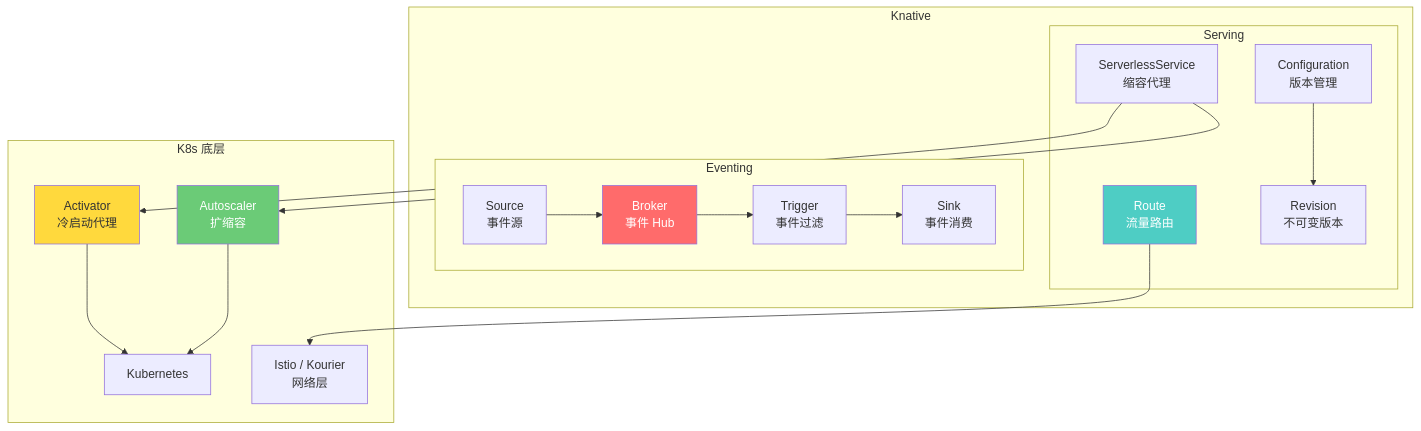
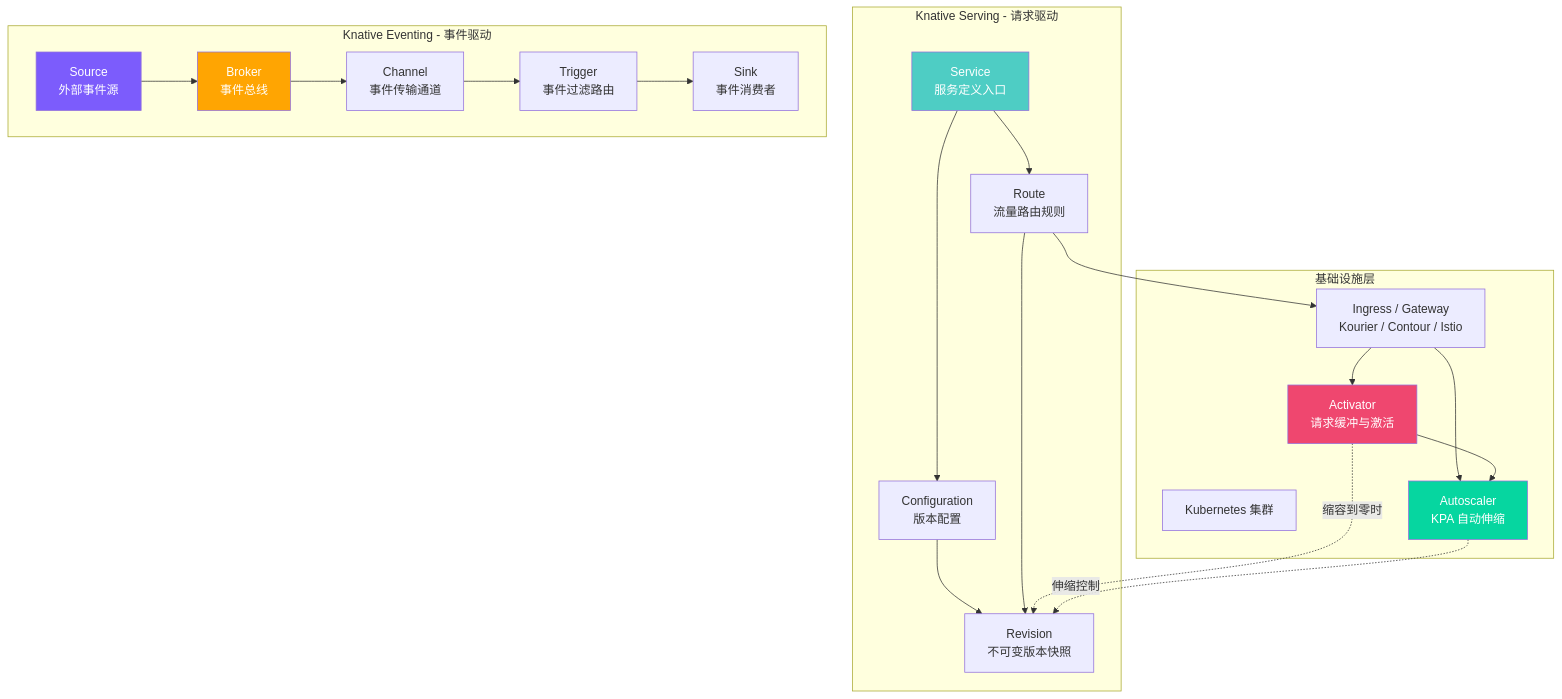
One commit to moklgydocs/moklgydocs.github.io changed the sixth of 23 diagrams in src/运维与部署/Docker_K8s/08_云原生生态/02_Serverless与Knative.md. Above: the diagram before and after it, drawn with Mermaid. The commit also changed other lines of this file and 1 other file, not shown here.

````diff
--- a/src/运维与部署/Docker_K8s/08_云原生生态/02_Serverless与Knative.md
+++ b/src/运维与部署/Docker_K8s/08_云原生生态/02_Serverless与Knative.md
@@ -92,42 +269,44 @@
 ```mermaid
 graph TB
-    subgraph "Knative"
-        subgraph "Serving"
-            Route["Route<br/>流量路由"]
-            Config["Configuration<br/>版本管理"]
-            Rev["Revision<br/>不可变版本"]
-            SKS["ServerlessService<br/>缩容代理"]
-        end
-
-        subgraph "Eventing"
-            Broker["Broker<br/>事件 Hub"]
-            Trigger["Trigger<br/>事件过滤"]
-            Source["Source<br/>事件源"]
-            Sink["Sink<br/>事件消费"]
-        end
+    subgraph "Knative Serving - 请求驱动"
+        KSVC[Service<br/>服务定义入口]
+        CFG[Configuration<br/>版本配置]
+        REV[Revision<br/>不可变版本快照]
+        ROUTE[Route<br/>流量路由规则]
     end
 
-    subgraph "K8s 底层"
-        K8S["Kubernetes"]
-        ISTIO["Istio / Kourier<br/>网络层"]
-        ACTIVATOR["Activator<br/>冷启动代理"]
-        AUTOSCALER["Autoscaler<br/>扩缩容"]
+    subgraph "Knative Eventing - 事件驱动"
+        BROKER[Broker<br/>事件总线]
+        TRIGGER[Trigger<br/>事件过滤路由]
+        SOURCE[Source<br/>外部事件源]
+        SINK[Sink<br/>事件消费者]
+        CHANNEL[Channel<br/>事件传输通道]
     end
 
-    Route --> ISTIO
-    Config --> Rev
-    SKS --> ACTIVATOR
-    SKS --> AUTOSCALER
+    subgraph "基础设施层"
+        K8S[Kubernetes 集群]
+        INGRESS[Ingress / Gateway<br/>Kourier / Contour / Istio]
+        ACTIVATOR[Activator<br/>请求缓冲与激活]
+        AUTOSCALER[Autoscaler<br/>KPA 自动伸缩]
+    end
 
-    Broker --> Trigger
-    Source --> Broker
-    Trigger --> Sink
+    KSVC --> CFG --> REV
+    KSVC --> ROUTE --> INGRESS
+    ROUTE --> REV
 
-    ACTIVATOR --> K8S
-    AUTOSCALER --> K8S
+    SOURCE --> BROKER --> CHANNEL
+    CHANNEL --> TRIGGER --> SINK
 
-    style Route fill:#4ecdc4,color:#fff
-    style Broker fill:#ff6b6b,color:#fff
-    style ACTIVATOR fill:#ffd93d,color:#333
-    style AUTOSCALER fill:#6bcb77,color:#fff
+    INGRESS --> ACTIVATOR
+    INGRESS --> AUTOSCALER
+    ACTIVATOR --> AUTOSCALER
+
+    ACTIVATOR -.->|缩容到零时| REV
+    AUTOSCALER -.->|伸缩控制| REV
+
+    style KSVC fill:#4ecdc4,color:#fff
+    style BROKER fill:#ffa502,color:#fff
+    style SOURCE fill:#7c5cfc,color:#fff
+    style ACTIVATOR fill:#ef476f,color:#fff
+    style AUTOSCALER fill:#06d6a0,color:#fff
 ```
````
